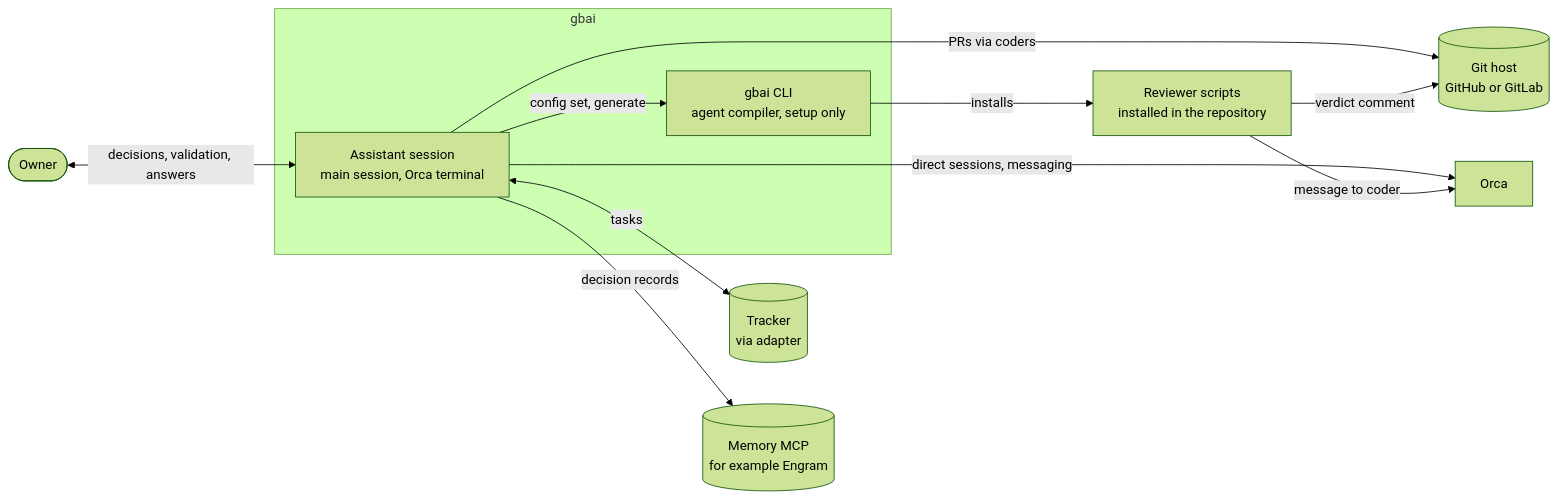
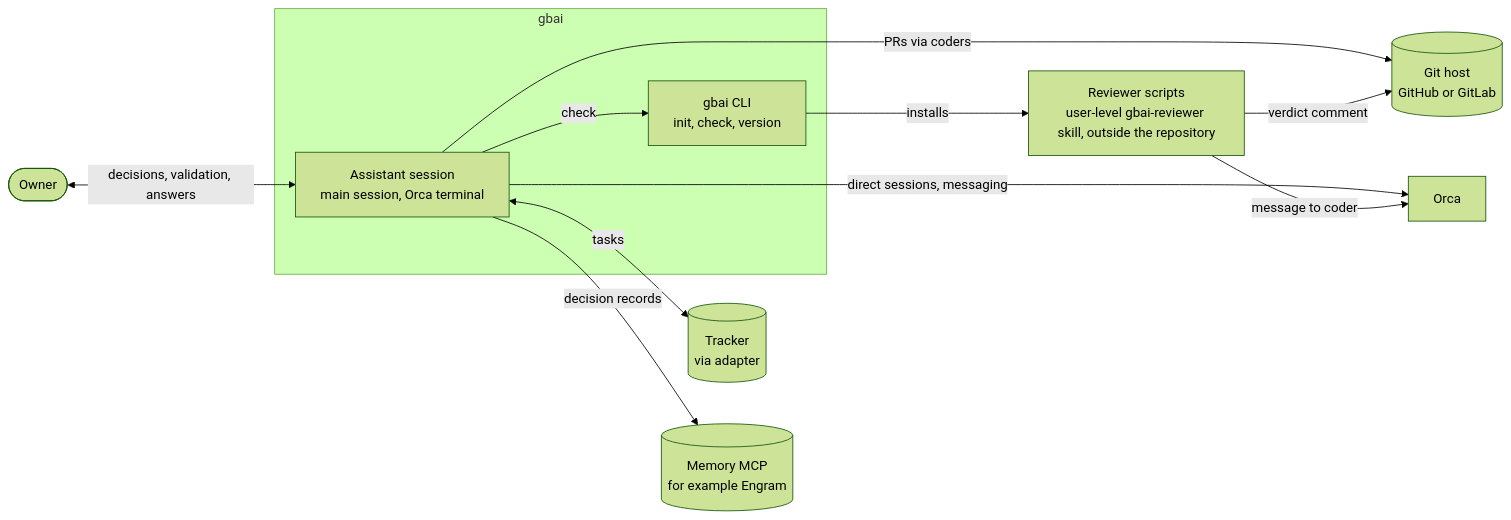
One commit to testeos-z/gabo-ai changed the first of 5 diagrams in docs/product/TRD.md. Above: the diagram before and after it, drawn with Mermaid (forest theme). The commit also changed other lines of this file and 1 other file, not shown here.

First line of the commit message:
docs(plan): re-plan for the three-command CLI (TRD D24, D25) (#54)

````diff
--- a/docs/product/TRD.md
+++ b/docs/product/TRD.md
@@ -74,23 +80,23 @@
 ```mermaid
 flowchart LR
   owner([Owner])
   subgraph gbai[gbai]
     assistant[Assistant session<br/>main session, Orca terminal]
-    cli[gbai CLI<br/>agent compiler, setup only]
+    cli[gbai CLI<br/>init, check, version]
   end
-  reviewer[Reviewer scripts<br/>installed in the repository]
+  reviewer[Reviewer scripts<br/>user-level gbai-reviewer skill, outside the repository]
   tracker[(Tracker<br/>via adapter)]
   githost[(Git host<br/>GitHub or GitLab)]
   orca[Orca]
   memory[(Memory MCP<br/>for example Engram)]
 
   owner <-->|decisions, validation, answers| assistant
-  assistant -->|config set, generate| cli
+  assistant -->|check| cli
   assistant <-->|tasks| tracker
   assistant -->|decision records| memory
   assistant -->|direct sessions, messaging| orca
   assistant -->|PRs via coders| githost
   reviewer -->|verdict comment| githost
   reviewer -->|message to coder| orca
   cli -->|installs| reviewer
 ```
````
